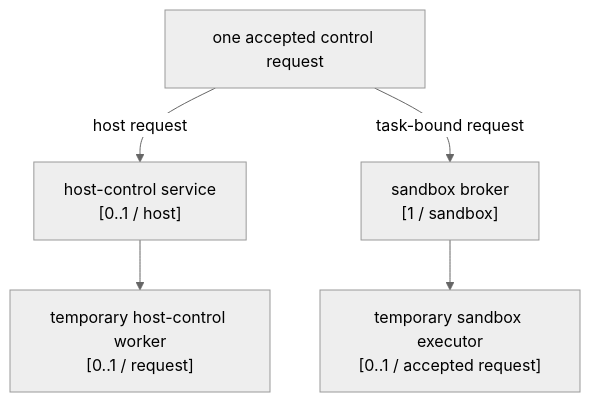
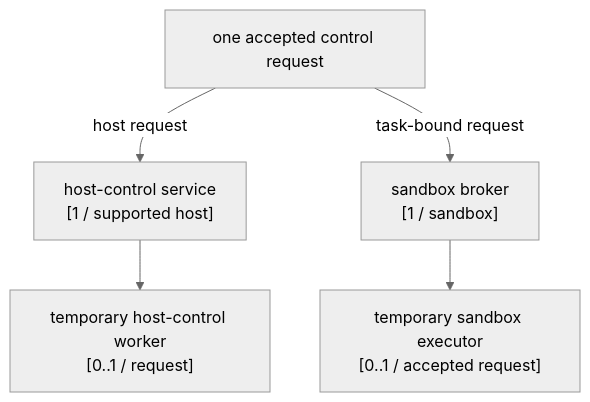
One commit to fitlab-ai/agent-infra changed the third of 4 diagrams in docs/en/architecture.md. Above: the diagram before and after it, drawn with Mermaid (neutral theme). The commit also changed other lines of this file and 1 other file, not shown here.

Commit message:
docs(architecture): clarify host-control cardinality

````diff
--- a/docs/en/architecture.md
+++ b/docs/en/architecture.md
@@ -102,11 +111,11 @@
 ```mermaid
 flowchart TD
   REQUEST["one accepted control request"]
-  HOST["host-control service<br/>[0..1 / host]"]
+  HOST["host-control service<br/>[1 / supported host]"]
   HW["temporary host-control worker<br/>[0..1 / request]"]
   BROKER["sandbox broker<br/>[1 / sandbox]"]
   EXEC["temporary sandbox executor<br/>[0..1 / accepted request]"]
 
   REQUEST -->|host request| HOST --> HW
   REQUEST -->|task-bound request| BROKER --> EXEC
 ```
````
